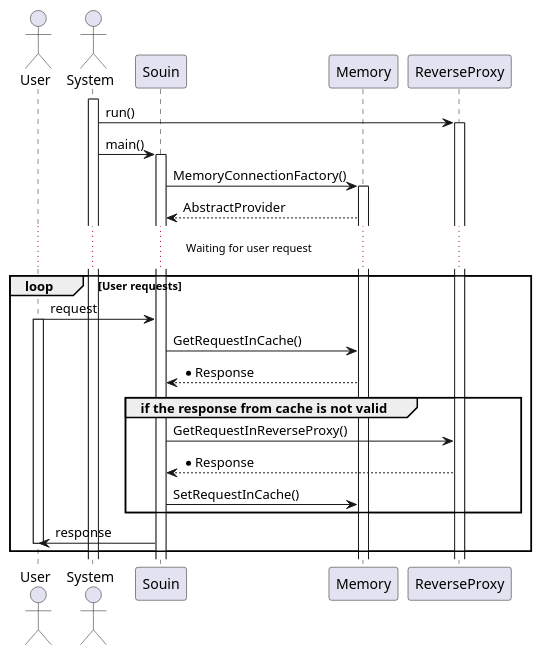
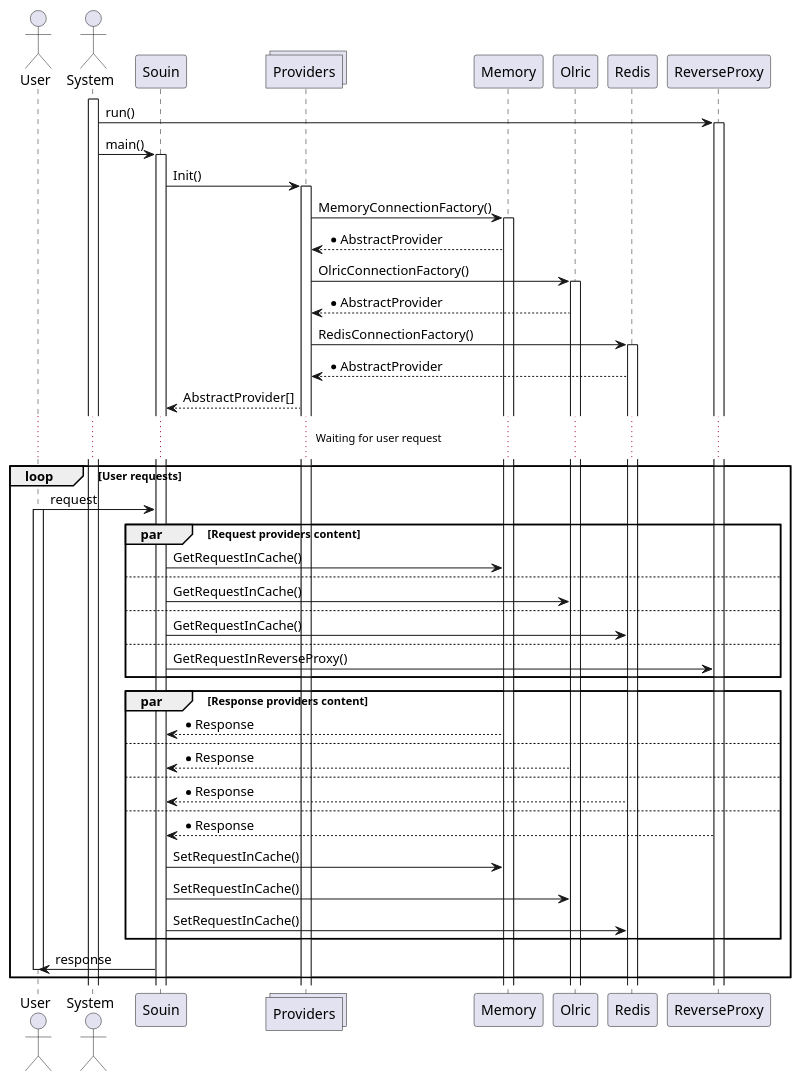
Before and after one commit to darkweak/souin: the diagram in docs/plantUML/sequenceDiagram.puml, drawn with PlantUML. The commit also changed 1 other file, not shown here.

Commit message:
feat: Update plantuml

```diff
--- a/docs/plantUML/sequenceDiagram.puml
+++ b/docs/plantUML/sequenceDiagram.puml
@@ -1,26 +1,50 @@
 @startuml
 actor User
 actor System
 activate System
 participant Souin
+collections Providers
 participant Memory
+participant Olric
+participant Redis
 participant ReverseProxy
 System -> ReverseProxy ++ : run()
 System -> Souin ++ : main()
-Souin -> Memory ++ : MemoryConnectionFactory()
-Souin <-- Memory : AbstractProvider
+Souin -> Providers : Init()
+activate Providers
+Providers -> Memory ++ : MemoryConnectionFactory()
+Providers <-- Memory : *AbstractProvider
+Providers -> Olric ++ : OlricConnectionFactory()
+Providers <-- Olric : *AbstractProvider
+Providers -> Redis ++ : RedisConnectionFactory()
+Providers <-- Redis : *AbstractProvider
+Souin <-- Providers : AbstractProvider[]
 ... Waiting for user request ...
 loop User requests
   User -> Souin : request
   activate User
-  Souin -> Memory: GetRequestInCache()
-  Souin <-- Memory: *Response
-  group if the response from cache is not valid
+  par Request providers content
+    Souin -> Memory: GetRequestInCache()
+  else
+    Souin -> Olric: GetRequestInCache()
+  else
+    Souin -> Redis: GetRequestInCache()
+  else
     Souin -> ReverseProxy: GetRequestInReverseProxy()
+  end
+  par Response providers content
+    Souin <-- Memory: *Response
+  else
+    Souin <-- Olric: *Response
+  else
+    Souin <-- Redis: *Response
+  else
     Souin <-- ReverseProxy: *Response
     Souin -> Memory: SetRequestInCache()
+    Souin -> Olric: SetRequestInCache()
+    Souin -> Redis: SetRequestInCache()
   end
 Souin -> User : response
 deactivate User
 end
 @enduml
```
